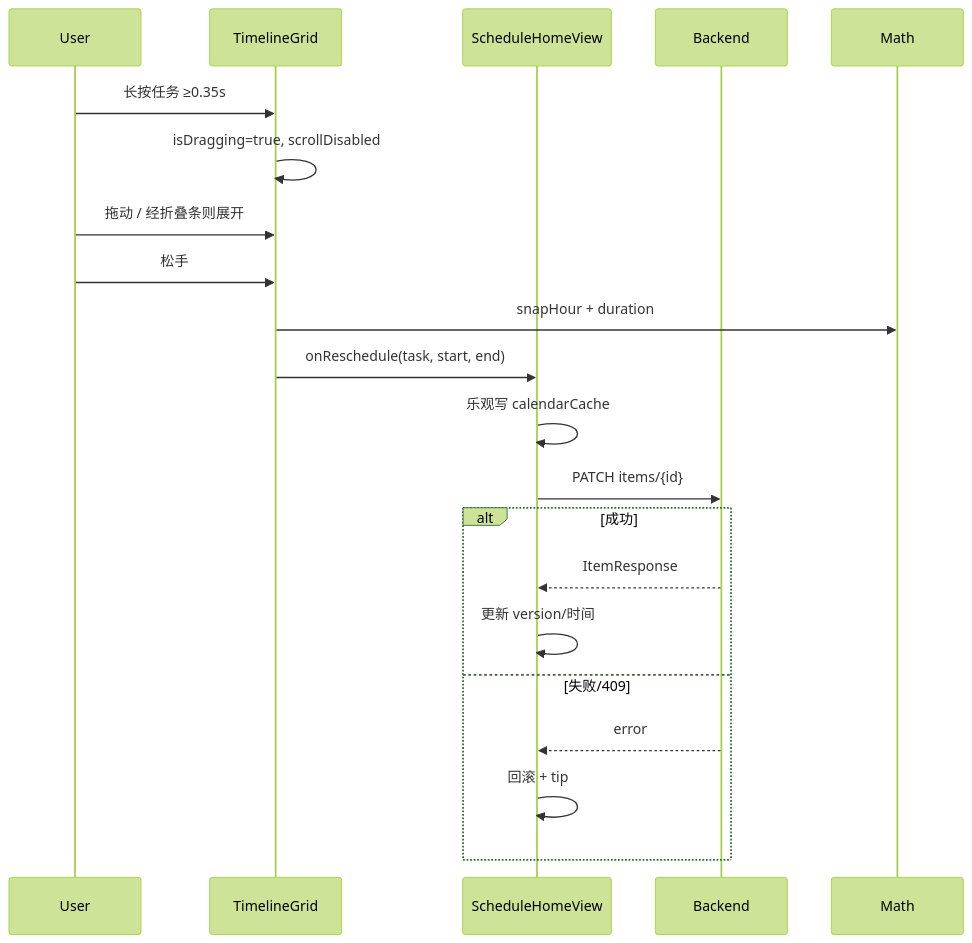
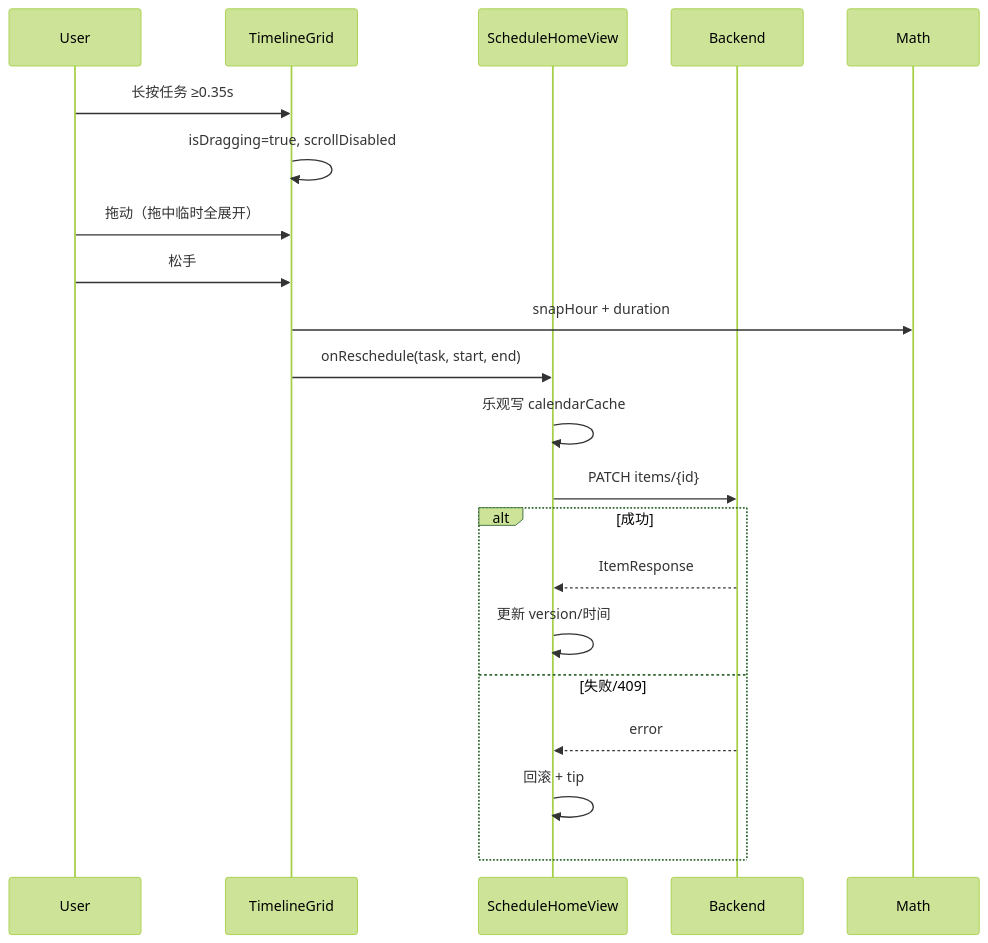
The second of 2 diagrams in docs/superpowers/plans/2026-09-06-ios-calendar-drag-collapse.md (rongxuning/timia), drawn with Mermaid (forest theme) before and after one commit. The commit also changed other lines of this file and 1 other file, not shown here.

````diff
--- a/docs/superpowers/plans/2026-09-06-ios-calendar-drag-collapse.md
+++ b/docs/superpowers/plans/2026-09-06-ios-calendar-drag-collapse.md
@@ -67,22 +67,22 @@
 ```mermaid
 sequenceDiagram
   participant U as User
   participant G as TimelineGrid
   participant S as ScheduleHomeView
   participant API as Backend
   U->>G: 长按任务 ≥0.35s
   G->>G: isDragging=true, scrollDisabled
-  U->>G: 拖动 / 经折叠条则展开
+  U->>G: 拖动（拖中临时全展开）
   U->>G: 松手
   G->>Math: snapHour + duration
   G->>S: onReschedule(task, start, end)
   S->>S: 乐观写 calendarCache
   S->>API: PATCH items/{id}
   alt 成功
     API-->>S: ItemResponse
     S->>S: 更新 version/时间
   else 失败/409
     API-->>S: error
     S->>S: 回滚 + tip
   end
 ```
````
